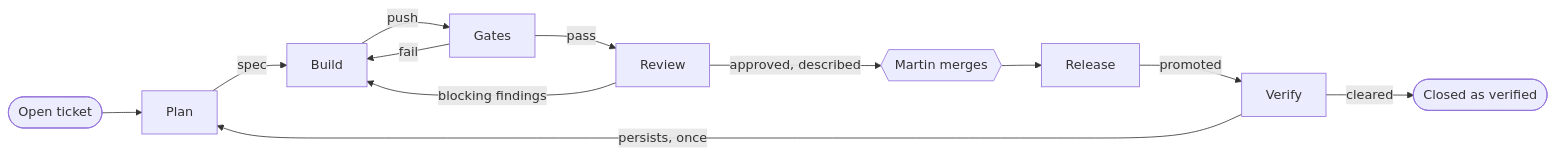
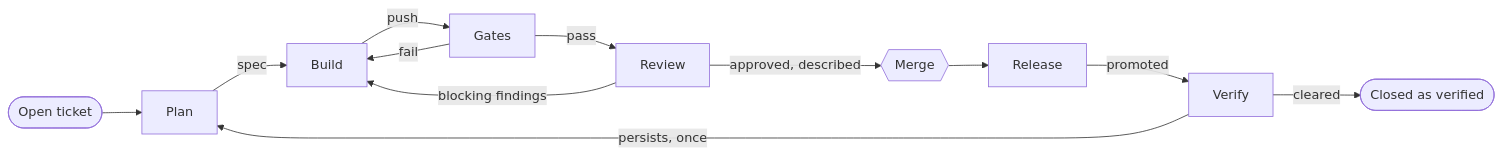
The first of 2 diagrams in docs/COMPONENTS/ORCHESTRATOR.md (mrogan/cv-software-factory), drawn with Mermaid before and after one commit. The commit also changed 3 other files, not shown here.

First line of the commit message:
docs(components): stack the planes diagram, name no merger, fix the intake's reach

````diff
--- a/docs/COMPONENTS/ORCHESTRATOR.md
+++ b/docs/COMPONENTS/ORCHESTRATOR.md
@@ -28,14 +28,14 @@
 ```mermaid
 flowchart LR
   ticket([Open ticket]) --> plan[Plan]
   plan -- spec --> build[Build]
   build -- push --> gates[Gates]
   gates -- fail --> build
   gates -- pass --> review[Review]
   review -- blocking findings --> build
-  review -- approved, described --> merge{{Martin merges}}
+  review -- approved, described --> merge{{Merge}}
   merge --> release[Release]
   release -- promoted --> verify[Verify]
   verify -- cleared --> closed([Closed as verified])
   verify -- persists, once --> plan
 ```
````
